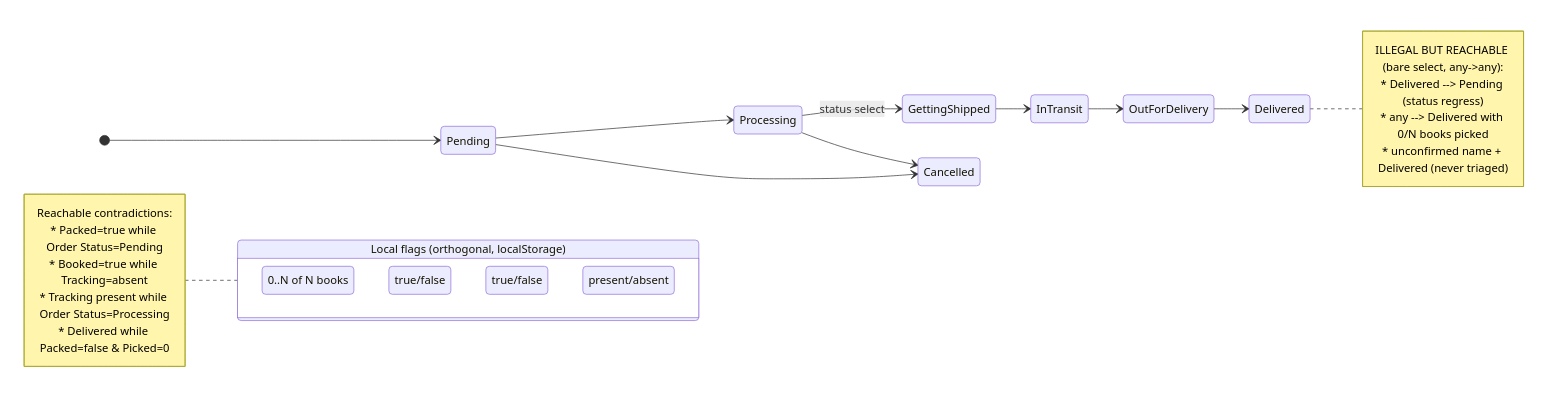
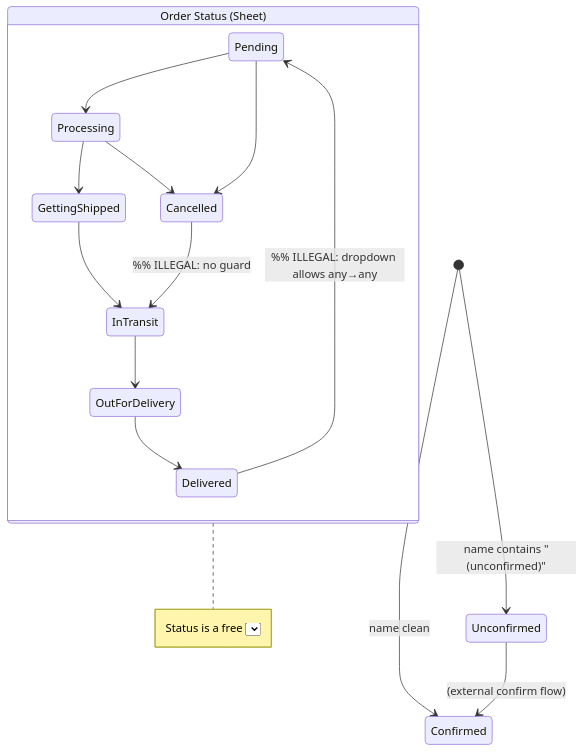
Before and after one commit to MurXGen/Thebookxx: the diagram in docs/ux/00-recon.md, drawn with Mermaid. The commit also changed other lines of this file and 3 other files, not shown here.

Commit message:
Move bookmark out-of-stock notice from profile to order detail page; make the CTA an inline underlined text link instead of a button

````diff
--- a/docs/ux/00-recon.md
+++ b/docs/ux/00-recon.md
@@ -50,33 +75,25 @@
 ```mermaid
 stateDiagram-v2
-    direction LR
-    [*] --> Pending
-    Pending --> Processing
-    Processing --> GettingShipped: status select
-    GettingShipped --> InTransit
-    InTransit --> OutForDelivery
-    OutForDelivery --> Delivered
-    Pending --> Cancelled
-    Processing --> Cancelled
+    [*] --> Unconfirmed: name contains "(unconfirmed)"
+    [*] --> Confirmed: name clean
 
-    note right of Delivered
-      ILLEGAL BUT REACHABLE (bare select, any->any):
-      * Delivered --> Pending (status regress)
-      * any --> Delivered with 0/N books picked
-      * unconfirmed name + Delivered (never triaged)
-    end note
+    Unconfirmed --> Confirmed: (external confirm flow)
 
-    state "Local flags (orthogonal, localStorage)" as L {
-      Picked: 0..N of N books
-      Packed: true/false
-      Booked: true/false
-      Tracking: present/absent
+    state "Order Status (Sheet)" as S {
+        Pending --> Processing
+        Processing --> GettingShipped
+        GettingShipped --> InTransit
+        InTransit --> OutForDelivery
+        OutForDelivery --> Delivered
+        Pending --> Cancelled
+        Processing --> Cancelled
+        Delivered --> Pending: %% ILLEGAL: dropdown allows any→any
+        Cancelled --> InTransit: %% ILLEGAL: no guard
     }
-    note left of L
-      Reachable contradictions:
-      * Packed=true while Order Status=Pending
-      * Booked=true while Tracking=absent
-      * Tracking present while Order Status=Processing
-      * Delivered while Packed=false & Picked=0
+
+    note right of S
+      Status is a free <select> of all options.
+      Any value → any value, no legal-transition guard.
+      (page.js:8896)
     end note
 ```
````
